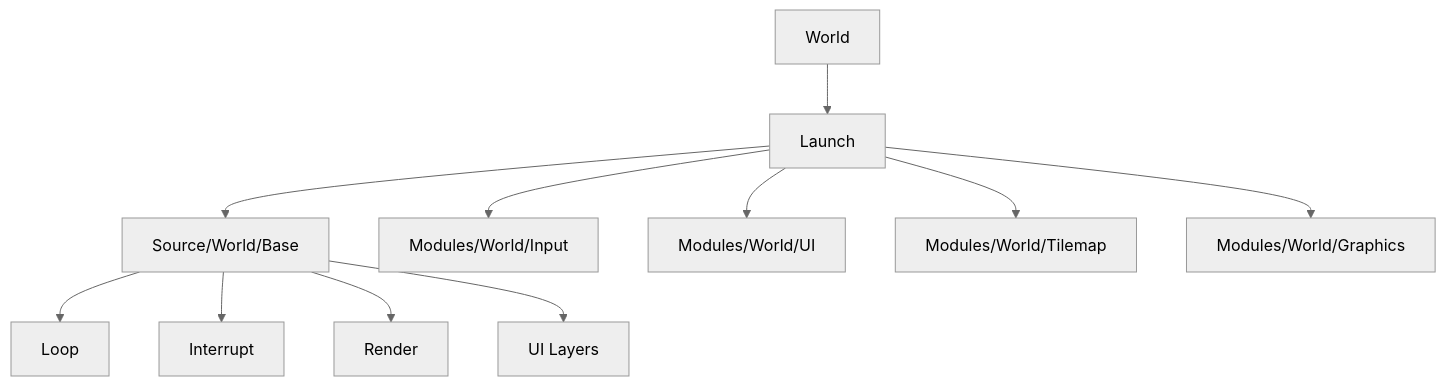
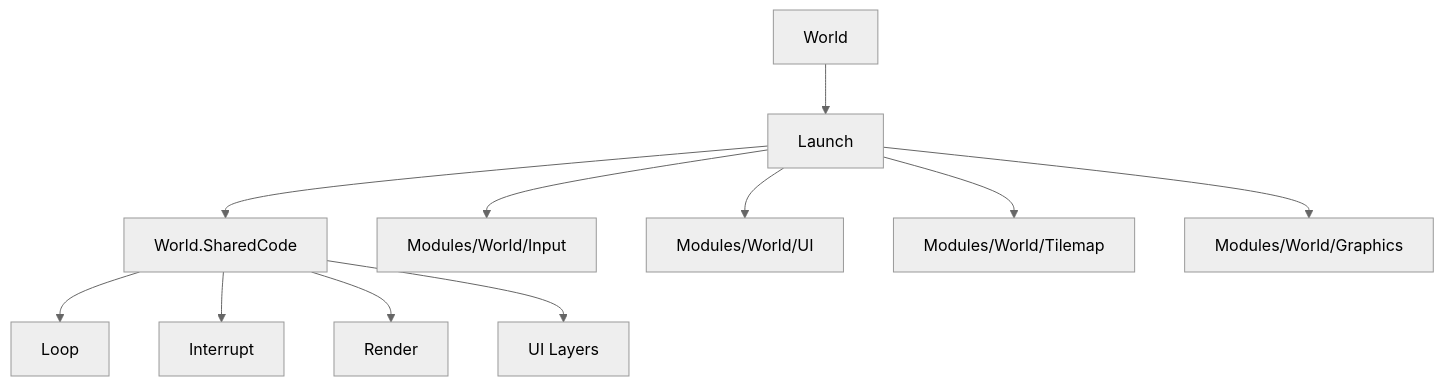
The diagram in Docs/Architecture/25_World_Module.md (DeadlyKom/HoMM), drawn with Mermaid (neutral theme) before and after one commit. The commit also changed other lines of this file and 49 other files, not shown here.

````diff
--- a/Docs/Architecture/25_World_Module.md
+++ b/Docs/Architecture/25_World_Module.md
@@ -210,13 +210,13 @@
 ```mermaid
 flowchart TD
     World --> Launch[Launch]
-    Launch --> Base[Source/World/Base]
+    Launch --> SharedCode[World.SharedCode]
     Launch --> Input[Modules/World/Input]
     Launch --> UI[Modules/World/UI]
     Launch --> Tilemap[Modules/World/Tilemap]
     Launch --> Graphics[Modules/World/Graphics]
-    Base --> Loop[Loop]
-    Base --> Interrupt[Interrupt]
-    Base --> Render[Render]
-    Base --> Layers[UI Layers]
+    SharedCode --> Loop[Loop]
+    SharedCode --> Interrupt[Interrupt]
+    SharedCode --> Render[Render]
+    SharedCode --> Layers[UI Layers]
 ```
````
